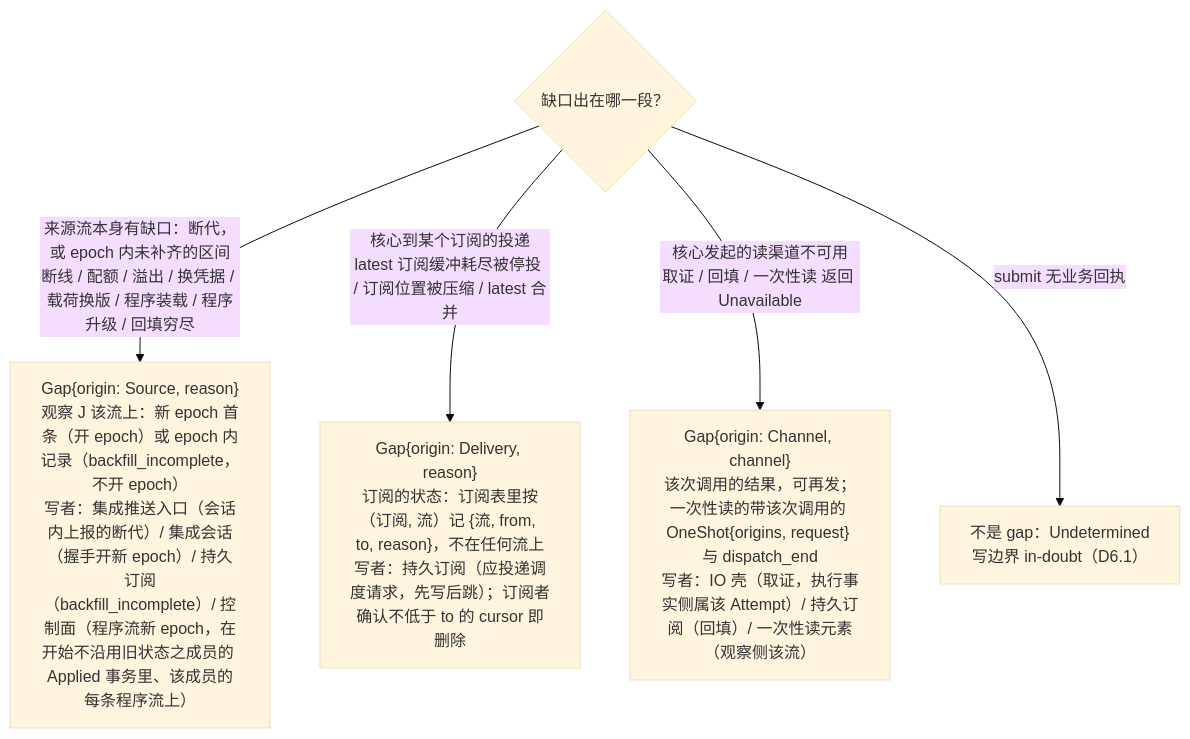
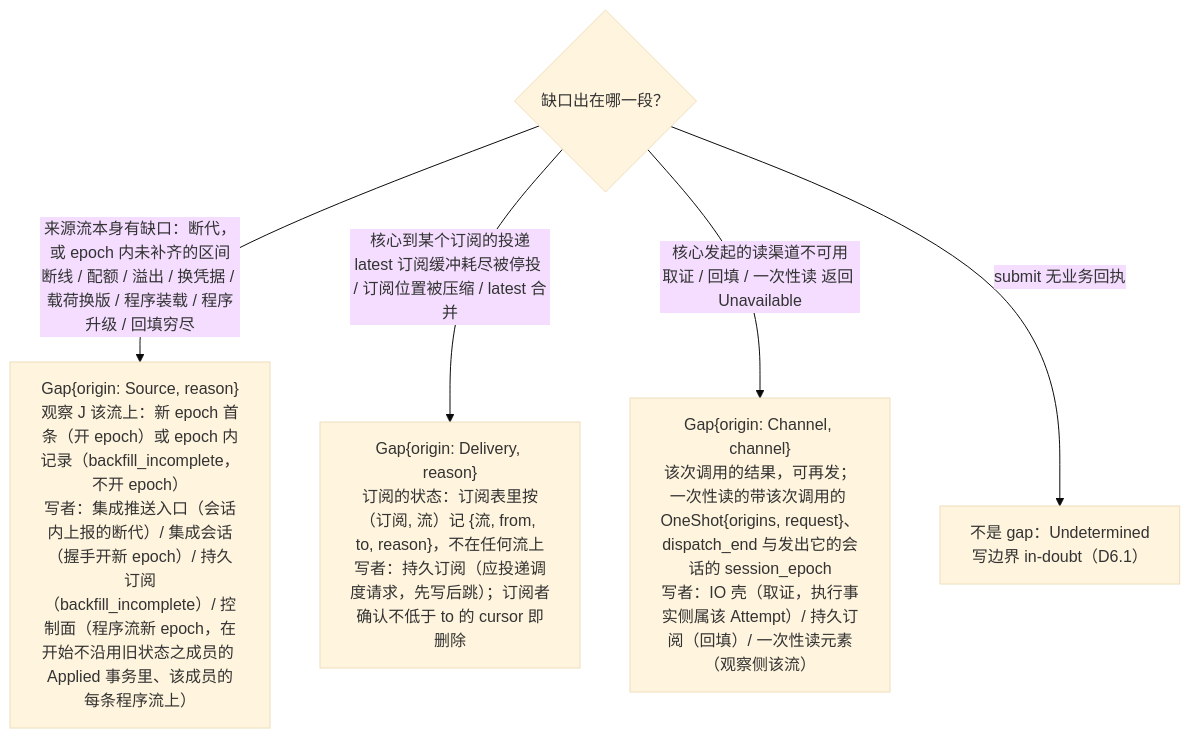
One commit to mouriya-s-lab/uta changed the sixth of 6 diagrams in design/diagrams/03-observation-ingest.md. Above: the diagram before and after it, drawn with Mermaid (base theme). The commit also changed 10 other files, not shown here.

Commit message:
design: uncommitted restart/rotate end Rejected(Stopping) at controlled stop; step-3 adoption and initial session observation in one transaction; runs without a process end with the instance; W20 four-condition match; D9.4 rotation/restart; D7.2 NotSent branch

````diff
--- a/design/diagrams/03-observation-ingest.md
+++ b/design/diagrams/03-observation-ingest.md
@@ -241,8 +241,8 @@
 ```mermaid
 flowchart TB
   Q{"缺口出在哪一段？"}
   Q -->|"来源流本身有缺口：断代，或 epoch 内未补齐的区间<br/>断线 / 配额 / 溢出 / 换凭据 / 载荷换版 / 程序装载 / 程序升级 / 回填穷尽"| S["Gap{origin: Source, reason}<br/>观察 J 该流上：新 epoch 首条（开 epoch）或 epoch 内记录（backfill_incomplete，不开 epoch）<br/>写者：集成推送入口（会话内上报的断代）/ 集成会话（握手开新 epoch）/ 持久订阅（backfill_incomplete）/ 控制面（程序流新 epoch，在开始不沿用旧状态之成员的 Applied 事务里、该成员的每条程序流上）"]
   Q -->|"核心到某个订阅的投递<br/>latest 订阅缓冲耗尽被停投 / 订阅位置被压缩 / latest 合并"| D["Gap{origin: Delivery, reason}<br/>订阅的状态：订阅表里按（订阅, 流）记 {流, from, to, reason}，不在任何流上<br/>写者：持久订阅（应投递调度请求，先写后跳）；订阅者确认不低于 to 的 cursor 即删除"]
-  Q -->|"核心发起的读渠道不可用<br/>取证 / 回填 / 一次性读 返回 Unavailable"| C["Gap{origin: Channel, channel}<br/>该次调用的结果，可再发；一次性读的带该次调用的 OneShot{origins, request} 与 dispatch_end<br/>写者：IO 壳（取证，执行事实侧属该 Attempt）/ 持久订阅（回填）/ 一次性读元素（观察侧该流）"]
+  Q -->|"核心发起的读渠道不可用<br/>取证 / 回填 / 一次性读 返回 Unavailable"| C["Gap{origin: Channel, channel}<br/>该次调用的结果，可再发；一次性读的带该次调用的 OneShot{origins, request}、dispatch_end 与发出它的会话的 session_epoch<br/>写者：IO 壳（取证，执行事实侧属该 Attempt）/ 持久订阅（回填）/ 一次性读元素（观察侧该流）"]
   Q -->|"submit 无业务回执"| U["不是 gap：Undetermined<br/>写边界 in-doubt（D6.1）"]
 ```
````
